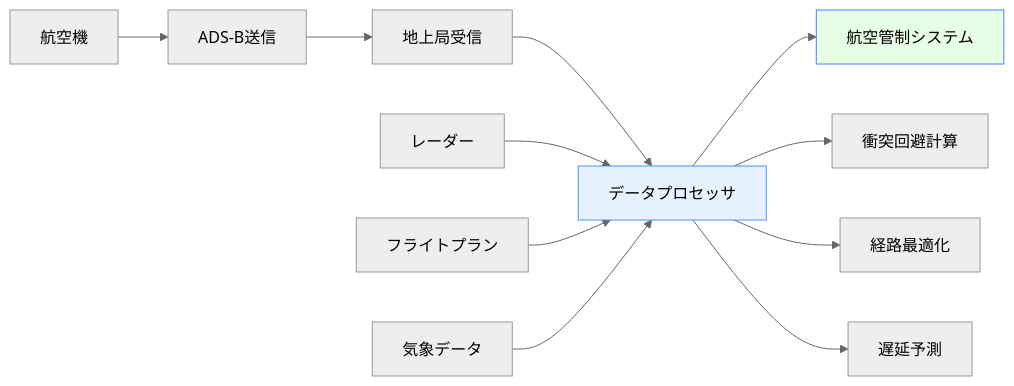
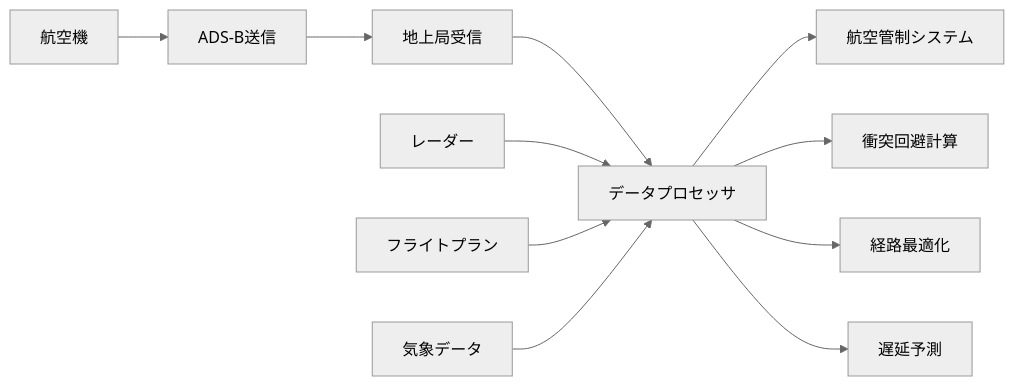
One commit to shuji-bonji/Situational-Awareness-and-Decision-Making changed the second of 3 diagrams in docs/software/aviation-sa-software.md. Above: the diagram before and after it, drawn with Mermaid (neutral theme). The commit also changed other lines of this file and 49 other files, not shown here.

Commit message:
fix: ダークモードで見づらい図の色の変更

````diff
--- a/docs/software/aviation-sa-software.md
+++ b/docs/software/aviation-sa-software.md
@@ -186,18 +186,18 @@
 ```mermaid
 graph LR
     A[航空機] --> B[ADS-B送信]
     B --> C[地上局受信]
     C --> D[データプロセッサ]
     D --> E[航空管制システム]
     
     F[レーダー] --> D
     G[フライトプラン] --> D
     H[気象データ] --> D
     
     D --> I[衝突回避計算]
     D --> J[経路最適化]
     D --> K[遅延予測]
     
-    style D fill:#e6f2ff,stroke:#4d94ff
-    style E fill:#e6ffe6,stroke:#4d7fff
+
+
 ```
````
